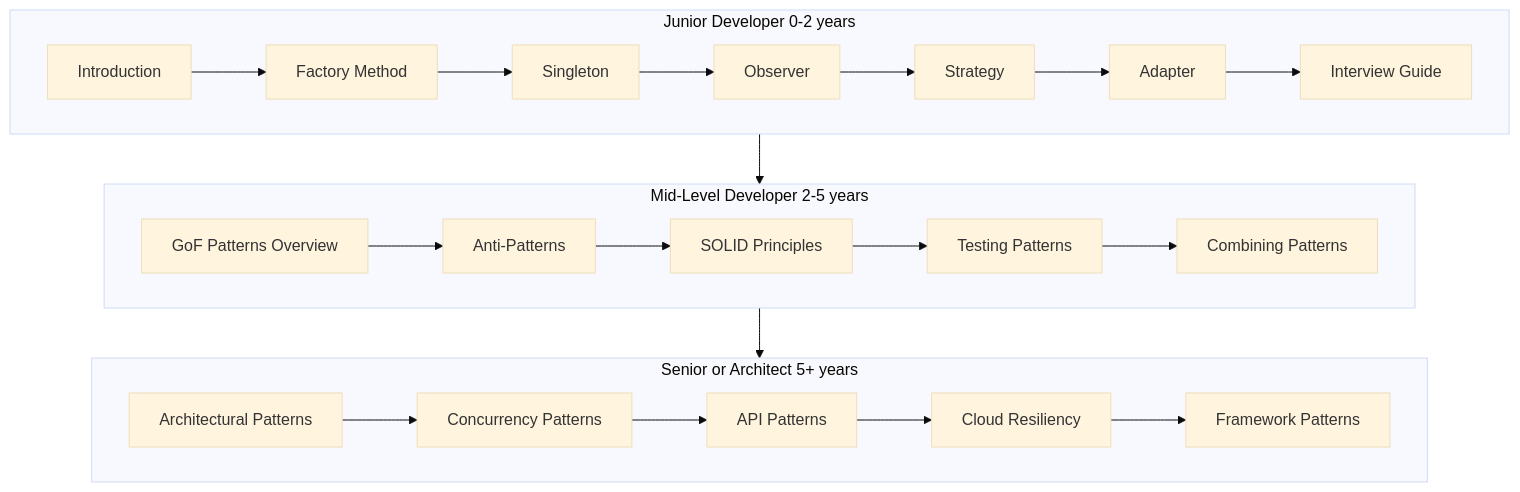
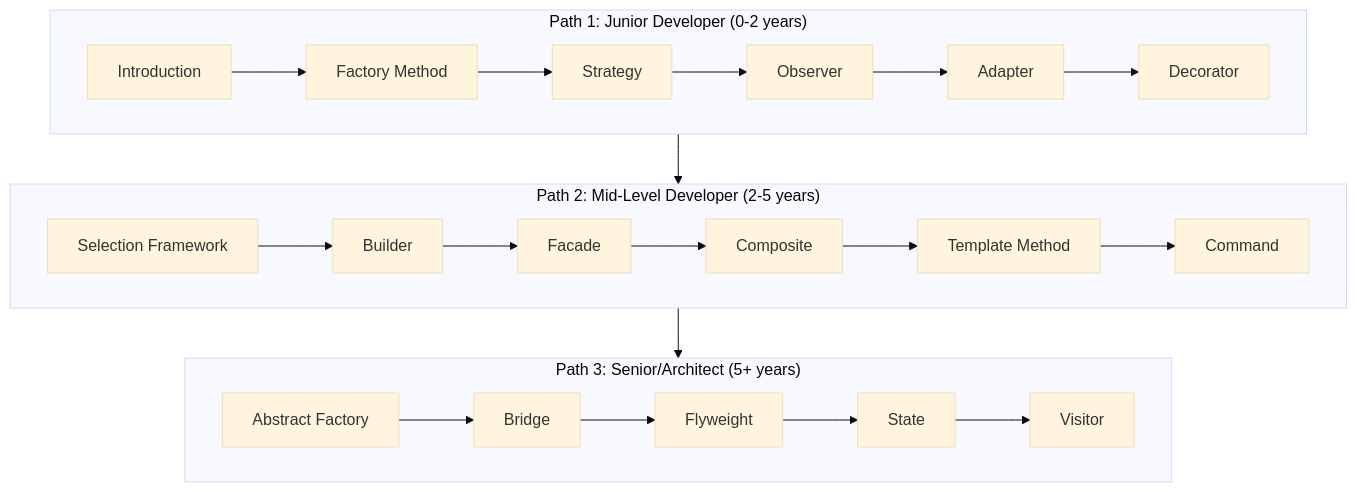
Before and after one commit to shivam-g-mishra/blog: the diagram in docs/design-patterns/learning-paths.md, drawn with Mermaid (base theme). The commit also changed other lines of this file and 31 other files, not shown here.

````diff
--- a/docs/design-patterns/learning-paths.md
+++ b/docs/design-patterns/learning-paths.md
@@ -37,31 +58,31 @@
 ```mermaid
 flowchart TB
-    subgraph junior [Junior Developer 0-2 years]
+    subgraph junior["Path 1: Junior Developer (0-2 years)"]
       direction LR
       j1["Introduction"] --> j2["Factory Method"]
-      j2 --> j3["Singleton"]
+      j2 --> j3["Strategy"]
       j3 --> j4["Observer"]
-      j4 --> j5["Strategy"]
-      j5 --> j6["Adapter"]
-      j6 --> j7["Interview Guide"]
+      j4 --> j5["Adapter"]
+      j5 --> j6["Decorator"]
     end
 
-    subgraph mid [Mid-Level Developer 2-5 years]
+    subgraph mid["Path 2: Mid-Level Developer (2-5 years)"]
       direction LR
-      m1["GoF Patterns Overview"] --> m2["Anti-Patterns"]
-      m2 --> m3["SOLID Principles"]
-      m3 --> m4["Testing Patterns"]
-      m4 --> m5["Combining Patterns"]
+      m1["Selection Framework"] --> m2["Builder"]
+      m2 --> m3["Facade"]
+      m3 --> m4["Composite"]
+      m4 --> m5["Template Method"]
+      m5 --> m6["Command"]
     end
 
-    subgraph senior [Senior or Architect 5+ years]
+    subgraph senior["Path 3: Senior/Architect (5+ years)"]
       direction LR
-      s1["Architectural Patterns"] --> s2["Concurrency Patterns"]
-      s2 --> s3["API Patterns"]
-      s3 --> s4["Cloud Resiliency"]
-      s4 --> s5["Framework Patterns"]
+      s1["Abstract Factory"] --> s2["Bridge"]
+      s2 --> s3["Flyweight"]
+      s3 --> s4["State"]
+      s4 --> s5["Visitor"]
     end
 
     junior --> mid
     mid --> senior
 ```
````
